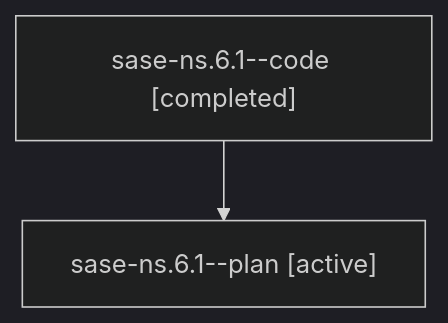
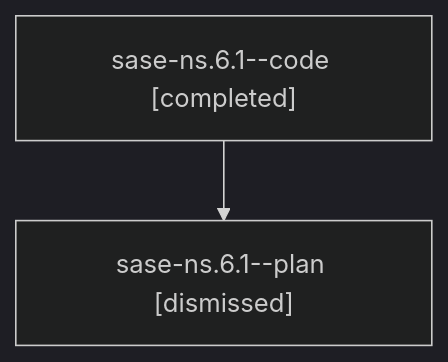
Before and after one commit to sase-org/sase--agents: the diagram in sessions/bbugyi200.athena.sase-ns.6.1.md, drawn with Mermaid (dark theme). The commit also changed other lines of this file and 134 other files, not shown here.

````diff
--- a/sessions/bbugyi200.athena.sase-ns.6.1.md
+++ b/sessions/bbugyi200.athena.sase-ns.6.1.md
@@ -9,6 +9,6 @@
 ```mermaid
 flowchart TD
   n0["sase-ns.6.1--code [completed]"]
-  n1["sase-ns.6.1--plan [active]"]
+  n1["sase-ns.6.1--plan [dismissed]"]
   n0 --> n1
 ```
````
